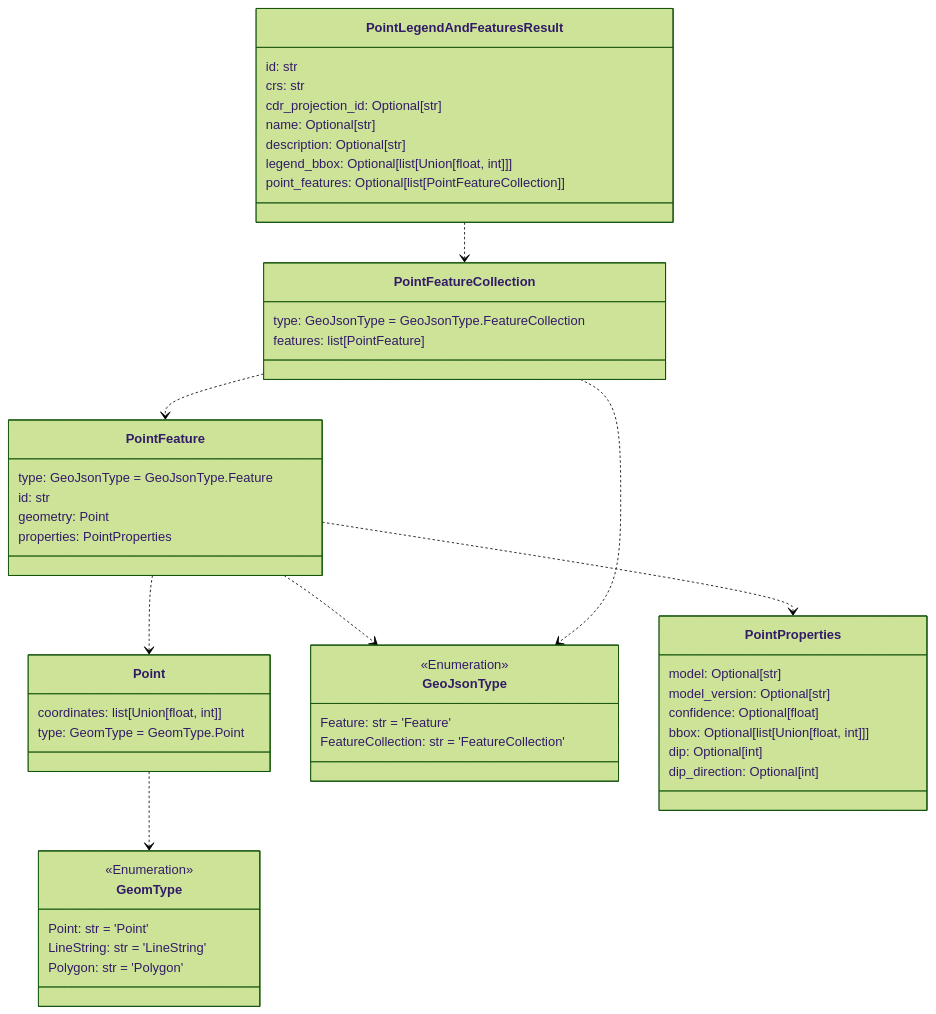
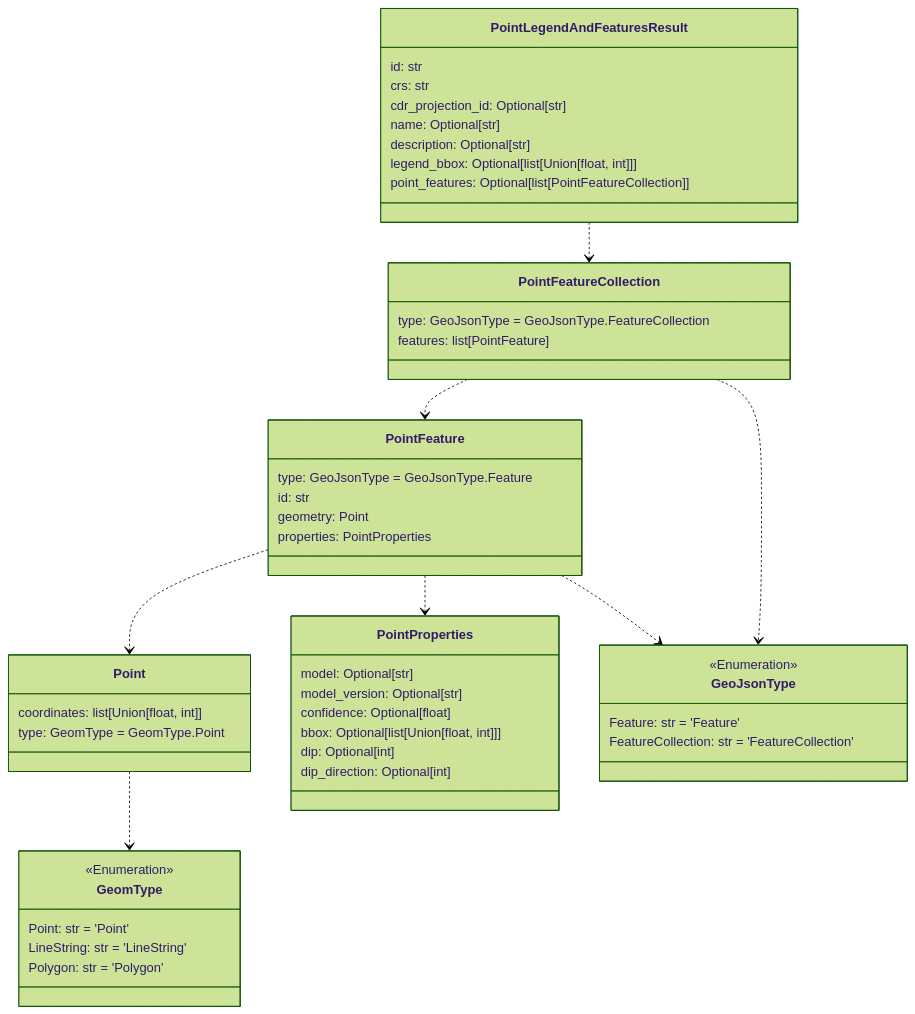
One commit to DARPA-CRITICALMAAS/cdr_schemas changed the fourth of 6 diagrams in README.md. Above: the diagram before and after it, drawn with Mermaid (forest theme). The commit also changed other lines of this file, not shown here.

````diff
--- a/README.md
+++ b/README.md
@@ -268,62 +267,62 @@
 ```mermaid
 classDiagram
 
-    class PointFeatureCollection {
-        type: GeoJsonType = GeoJsonType.FeatureCollection
-        features: list[PointFeature]
-    }
-
-    class Point {
-        coordinates: list[Union[float, int]]
-        type: GeomType = GeomType.Point
+    class PointLegendAndFeaturesResult {
+        id: str
+        crs: str
+        cdr_projection_id: Optional[str]
+        name: Optional[str]
+        description: Optional[str]
+        legend_bbox: Optional[list[Union[float, int]]]
+        point_features: Optional[list[PointFeatureCollection]]
     }
 
     class GeomType {
         <<Enumeration>>
         Point: str = 'Point'
         LineString: str = 'LineString'
         Polygon: str = 'Polygon'
     }
 
-    class GeoJsonType {
-        <<Enumeration>>
-        Feature: str = 'Feature'
-        FeatureCollection: str = 'FeatureCollection'
+    class PointFeature {
+        type: GeoJsonType = GeoJsonType.Feature
+        id: str
+        geometry: Point
+        properties: PointProperties
+    }
+
+    class Point {
+        coordinates: list[Union[float, int]]
+        type: GeomType = GeomType.Point
     }
 
     class PointProperties {
         model: Optional[str]
         model_version: Optional[str]
         confidence: Optional[float]
         bbox: Optional[list[Union[float, int]]]
         dip: Optional[int]
         dip_direction: Optional[int]
     }
 
-    class PointFeature {
-        type: GeoJsonType = GeoJsonType.Feature
-        id: str
-        geometry: Point
-        properties: PointProperties
+    class PointFeatureCollection {
+        type: GeoJsonType = GeoJsonType.FeatureCollection
+        features: list[PointFeature]
     }
 
-    class PointLegendAndFeaturesResult {
-        id: str
-        crs: str
-        cdr_projection_id: Optional[str]
-        name: Optional[str]
-        description: Optional[str]
-        legend_bbox: Optional[list[Union[float, int]]]
-        point_features: Optional[list[PointFeatureCollection]]
+    class GeoJsonType {
+        <<Enumeration>>
+        Feature: str = 'Feature'
+        FeatureCollection: str = 'FeatureCollection'
     }
 
     Point ..> GeomType
     PointFeature ..> PointProperties
     PointFeature ..> Point
     PointFeature ..> GeoJsonType
+    PointFeatureCollection ..> PointFeature
     PointFeatureCollection ..> GeoJsonType
-    PointFeatureCollection ..> PointFeature
     PointLegendAndFeaturesResult ..> PointFeatureCollection
 
 
 ```
````
